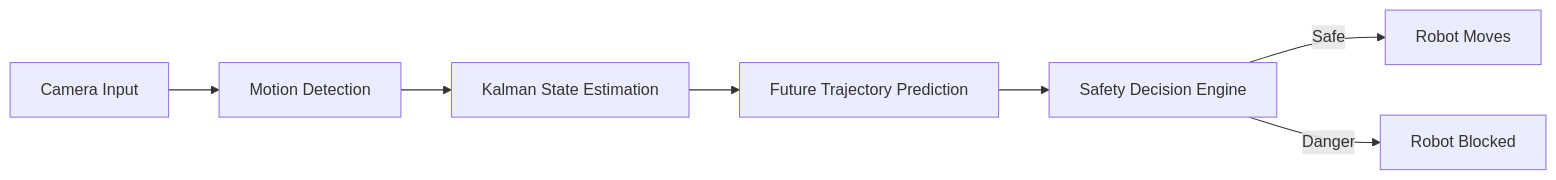
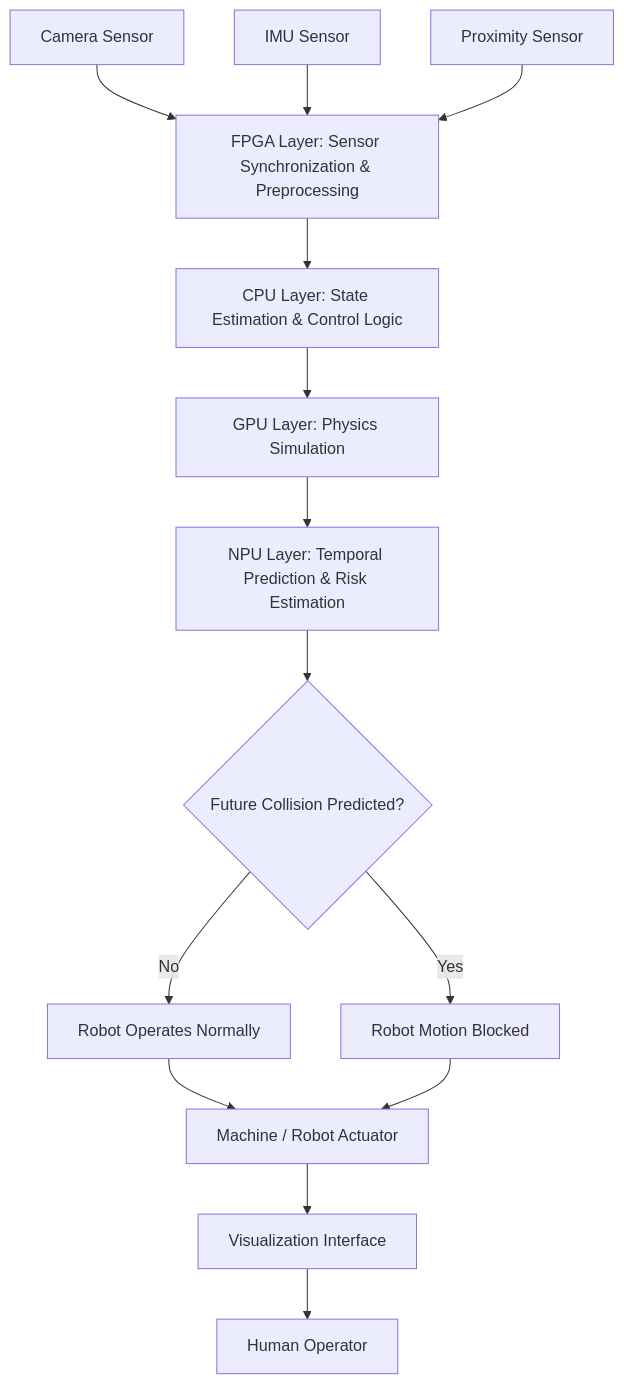
One commit to Saisharathchandranandnetha/PRECOG-Edge changed the diagram in README.md. Above: the diagram before and after it, drawn with Mermaid.

Commit message:
Update architecture diagram in README.md

````diff
--- a/README.md
+++ b/README.md
@@ -100,9 +100,21 @@
 ```mermaid
-flowchart LR
-A[Camera Input] --> B[Motion Detection]
-B --> C[Kalman State Estimation]
-C --> D[Future Trajectory Prediction]
-D --> E[Safety Decision Engine]
-E -->|Safe| F[Robot Moves]
-E -->|Danger| G[Robot Blocked]
+flowchart TD
+    A[Camera Sensor] --> B[FPGA Layer: Sensor Synchronization & Preprocessing]
+    A1[IMU Sensor] --> B
+    A2[Proximity Sensor] --> B
+
+    B --> C[CPU Layer: State Estimation & Control Logic]
+    C --> D[GPU Layer: Physics Simulation]
+    D --> E[NPU Layer: Temporal Prediction & Risk Estimation]
+
+    E --> F{Future Collision Predicted?}
+
+    F -- No --> G[Robot Operates Normally]
+    F -- Yes --> H[Robot Motion Blocked]
+
+    G --> I[Machine / Robot Actuator]
+    H --> I
+
+    I --> J[Visualization Interface]
+    J --> K[Human Operator]
 ```
````
